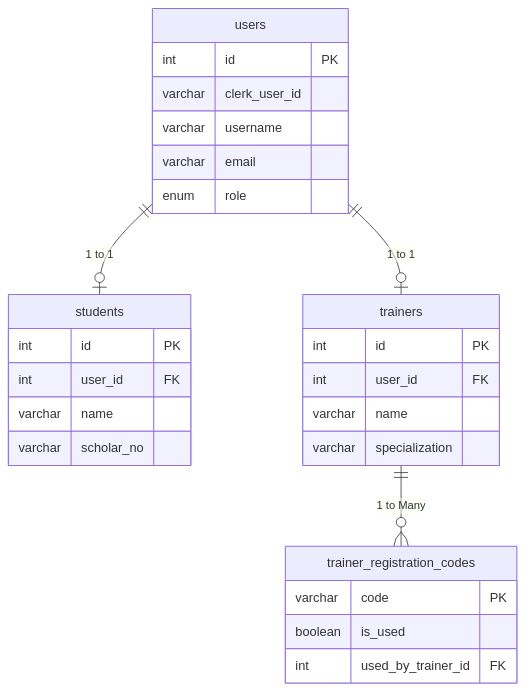
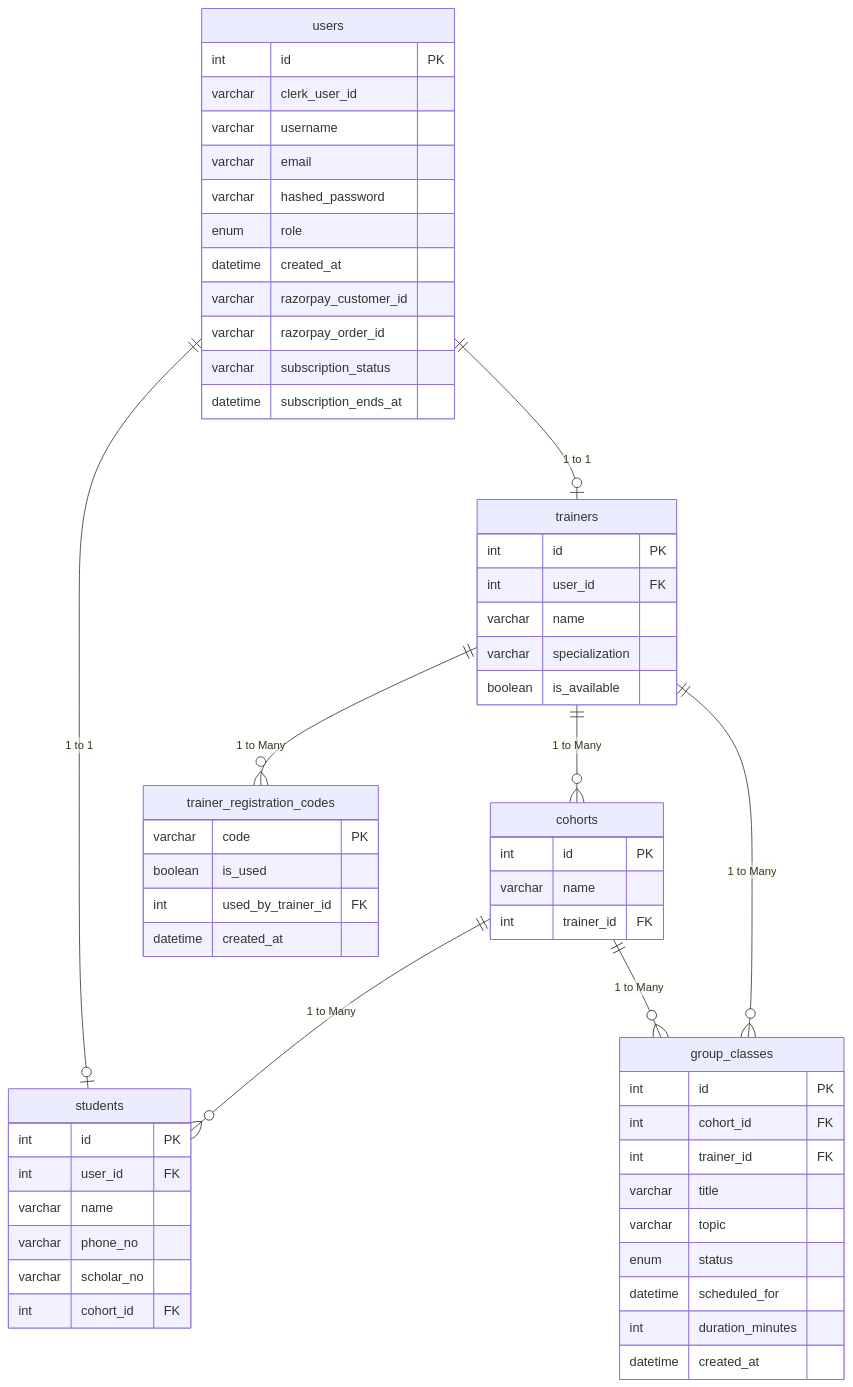
Diagram 22 of 25 in README.md (suyash-rgb/JS-Mentor), drawn with Mermaid before and after one commit. The commit also changed other lines of this file, not shown here.

Commit message:
docs(#55): db ER diagrams and Data dictionary updated

````diff
--- a/README.md
+++ b/README.md
@@ -1186,31 +1186,61 @@
 ```mermaid
 erDiagram
     users ||--o| students : "1 to 1"
     users ||--o| trainers : "1 to 1"
     trainers ||--o{ trainer_registration_codes : "1 to Many"
+    trainers ||--o{ cohorts : "1 to Many"
+    cohorts ||--o{ students : "1 to Many"
+    cohorts ||--o{ group_classes : "1 to Many"
+    trainers ||--o{ group_classes : "1 to Many"
 
     users {
         int id PK
         varchar clerk_user_id
         varchar username
         varchar email
+        varchar hashed_password
         enum role
+        datetime created_at
+        varchar razorpay_customer_id
+        varchar razorpay_order_id
+        varchar subscription_status
+        datetime subscription_ends_at
     }
     students {
         int id PK
         int user_id FK
         varchar name
+        varchar phone_no
         varchar scholar_no
+        int cohort_id FK
     }
     trainers {
         int id PK
         int user_id FK
         varchar name
         varchar specialization
+        boolean is_available
     }
     trainer_registration_codes {
         varchar code PK
         boolean is_used
         int used_by_trainer_id FK
+        datetime created_at
+    }
+    cohorts {
+        int id PK
+        varchar name
+        int trainer_id FK
+    }
+    group_classes {
+        int id PK
+        int cohort_id FK
+        int trainer_id FK
+        varchar title
+        varchar topic
+        enum status
+        datetime scheduled_for
+        int duration_minutes
+        datetime created_at
     }
 ```
````
